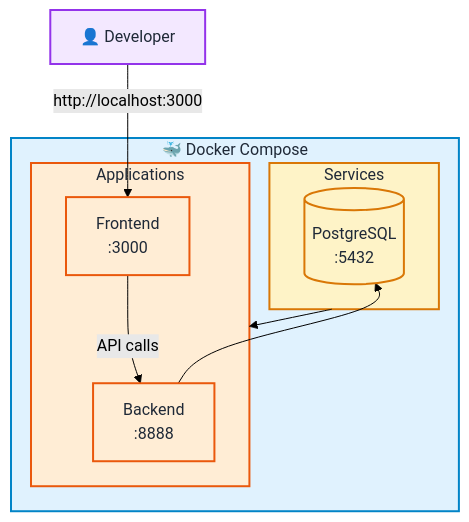
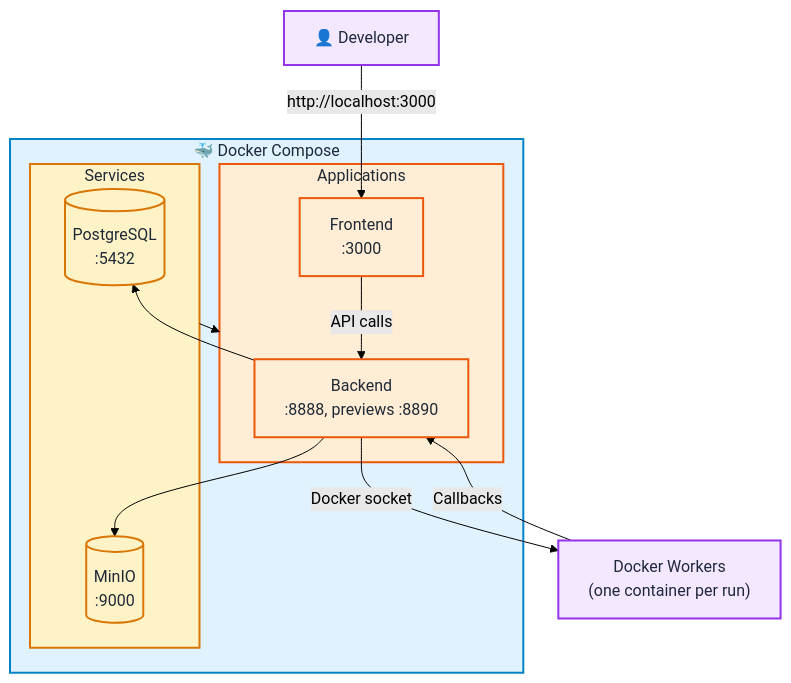
Before and after one commit to Ilities/viberglass: the fourth of 5 diagrams in docs/ARCHITECTURE.md, drawn with Mermaid (forest theme). The commit also changed other lines of this file and 182 other files, not shown here.

````diff
--- a/docs/ARCHITECTURE.md
+++ b/docs/ARCHITECTURE.md
@@ -296,29 +335,35 @@
 ```mermaid
 flowchart TB
     subgraph Docker["🐳 Docker Compose"]
         subgraph Services["Services"]
             PG[("PostgreSQL<br/>:5432")]
+            MinIO[("MinIO<br/>:9000")]
         end
 
         subgraph Apps["Applications"]
-            Backend["Backend<br/>:8888"]
+            Backend["Backend<br/>:8888, previews :8890"]
             Frontend["Frontend<br/>:3000"]
         end
 
         Services --> Apps
     end
 
+    Workers["Docker Workers<br/>(one container per run)"]
+
     User["👤 Developer"] -->|"http://localhost:3000"| Frontend
     Frontend -->|"API calls"| Backend
     Backend --> PG
+    Backend --> MinIO
+    Backend -->|"Docker socket"| Workers
+    Workers -->|"Callbacks"| Backend
     
     classDef docker fill:#e0f2fe,stroke:#0284c7,stroke-width:2px,color:#1f2937
     classDef services fill:#fef3c7,stroke:#d97706,stroke-width:2px,color:#1f2937
     classDef apps fill:#ffedd5,stroke:#ea580c,stroke-width:2px,color:#1f2937
     classDef user fill:#f3e8ff,stroke:#9333ea,stroke-width:2px,color:#1f2937
     
     class Docker docker
-    class Services,PG services
+    class Services,PG,MinIO services
     class Apps,Backend,Frontend apps
-    class User user
+    class User,Workers user
 ```
````
